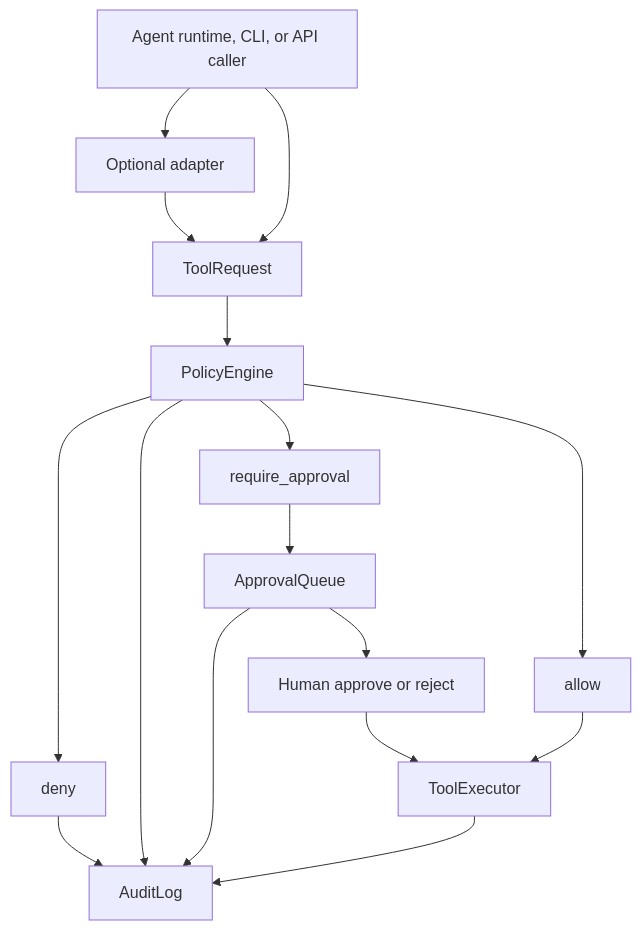
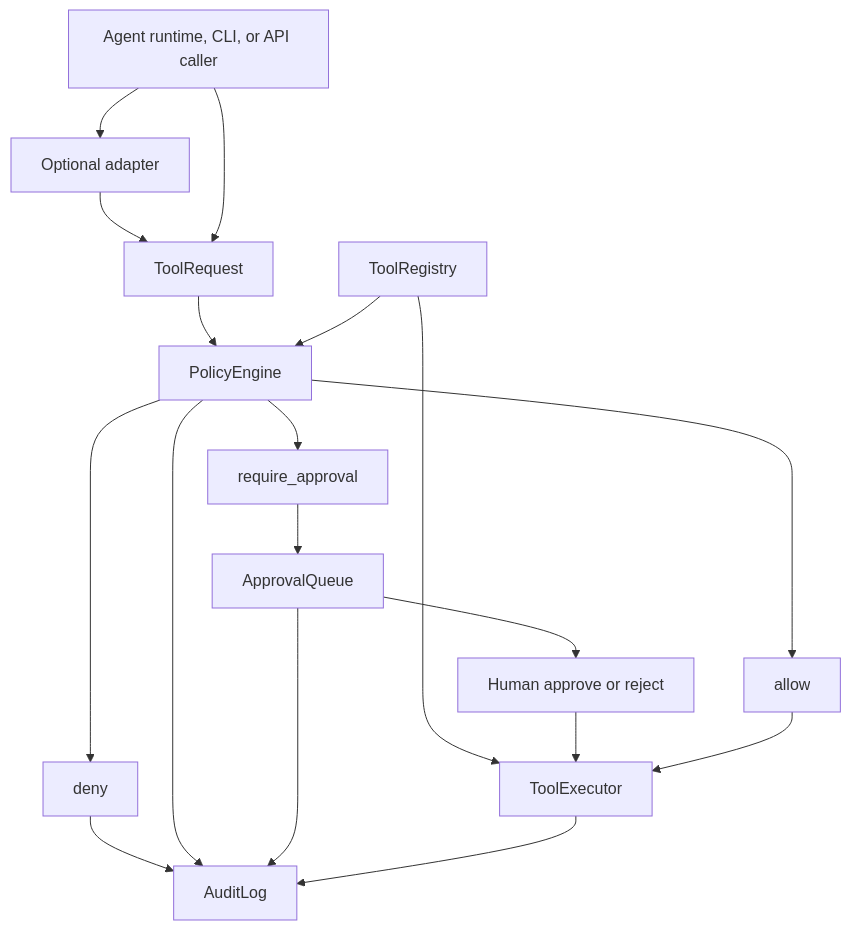
Before and after one commit to SkyShineTH/AgentGate: the diagram in docs/ARCHITECTURE_DIAGRAM.md, drawn with Mermaid. The commit also changed other lines of this file and 1 other file, not shown here.

Commit message:
docs: document ToolRegistry architecture

````diff
--- a/docs/ARCHITECTURE_DIAGRAM.md
+++ b/docs/ARCHITECTURE_DIAGRAM.md
@@ -8,30 +8,33 @@
 ```mermaid
 flowchart TD
     caller[Agent runtime, CLI, or API caller]
     adapter[Optional adapter]
     request[ToolRequest]
+    registry[ToolRegistry]
     policy[PolicyEngine]
     allow[allow]
     deny[deny]
     approval[require_approval]
     queue[ApprovalQueue]
     human[Human approve or reject]
     executor[ToolExecutor]
     audit[AuditLog]
 
     caller --> adapter
     adapter --> request
     caller --> request
     request --> policy
+    registry --> policy
+    registry --> executor
     policy --> allow
     policy --> deny
     policy --> approval
     approval --> queue
     queue --> human
     human --> executor
     allow --> executor
     deny --> audit
     policy --> audit
     queue --> audit
     executor --> audit
 ```
````
